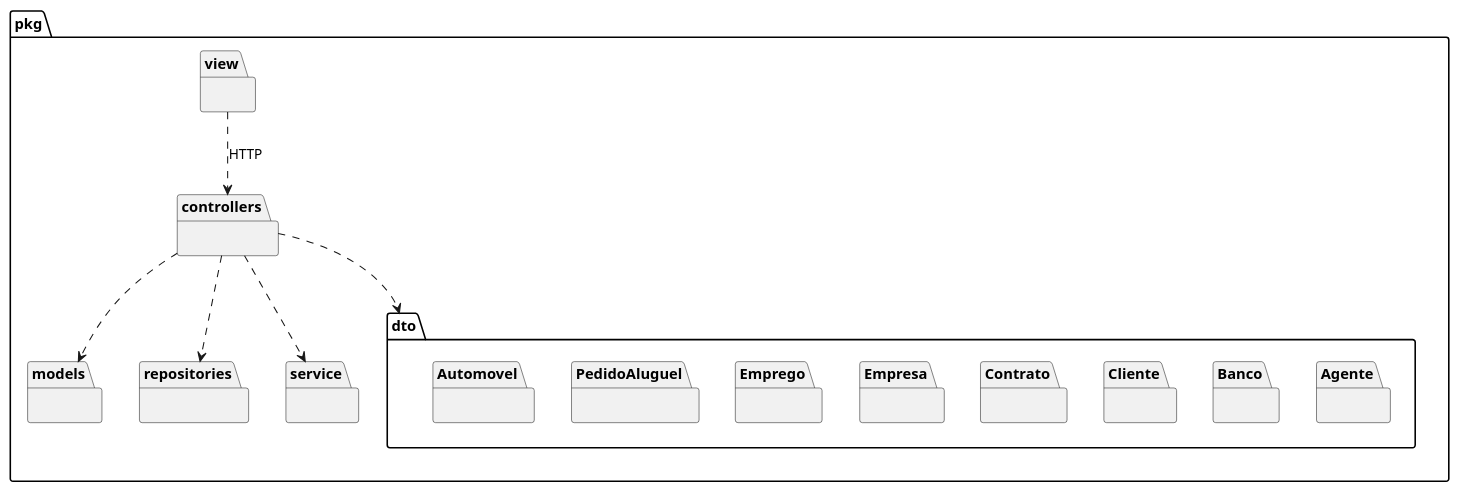
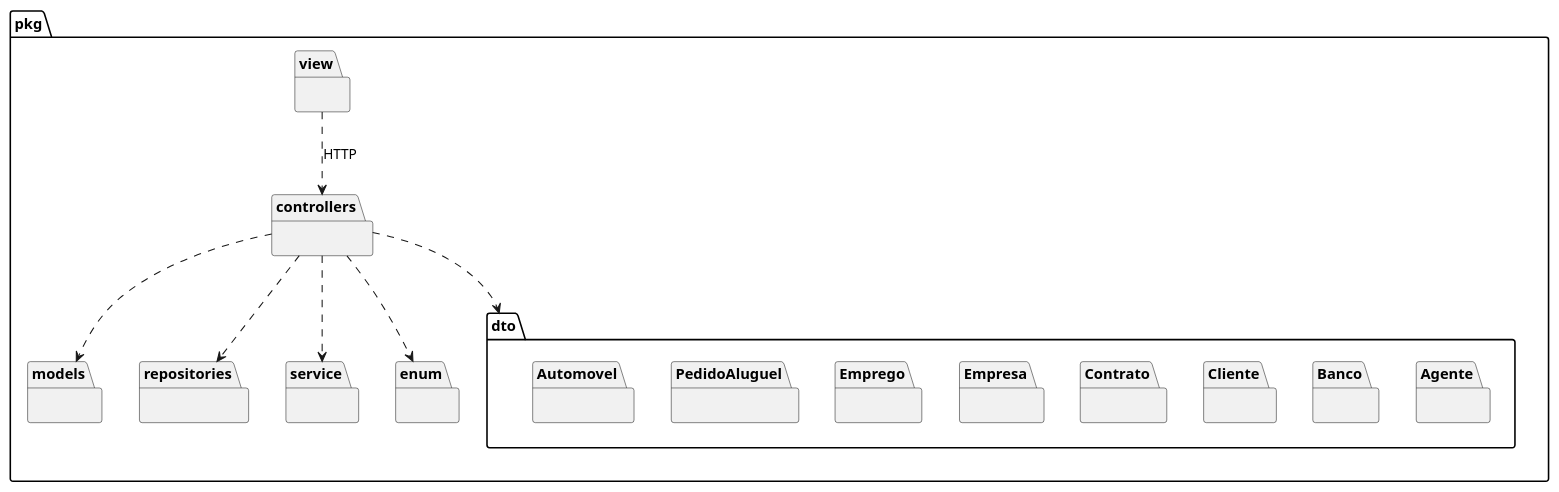
Before and after one commit to GuilhermeFalante/LDS_Aluguel_de_Carros: the diagram in projeto/diagramaDePacotesSprint2.md, drawn with PlantUML. The commit also changed 4 other files, not shown here.

Commit message:
atualizando os diagramas

```diff
--- a/projeto/diagramaDePacotesSprint2.md
+++ b/projeto/diagramaDePacotesSprint2.md
@@ -1,42 +1,46 @@
 @startuml
 package "pkg" {
     package "controllers" {
     }
     package "models" {
     }
     package "repositories" {
     }
     package "view" {
     }
     package "service" {
     }
+    package "enum" {
+    }
+
 
     
     package "dto" {
         package "Agente" {
         }
         package "Banco" {
         }
         package "Cliente" {
         }
         package "Contrato" {
         }
         package "Empresa" {
         }
         package "Emprego" {
         }
         package "PedidoAluguel" {
         }
         package "Automovel" {
         }
     }
     
 
     controllers ..> repositories
     controllers ..> models
     controllers ..> dto
     controllers ..> service
+    controllers ..> enum
     view ..> controllers :HTTP
     
 }
 @enduml
```
